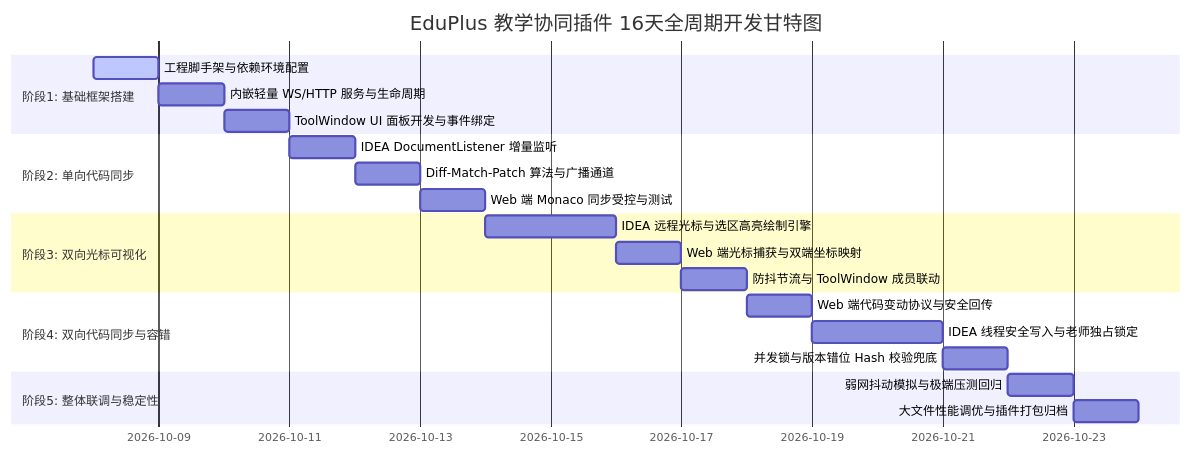
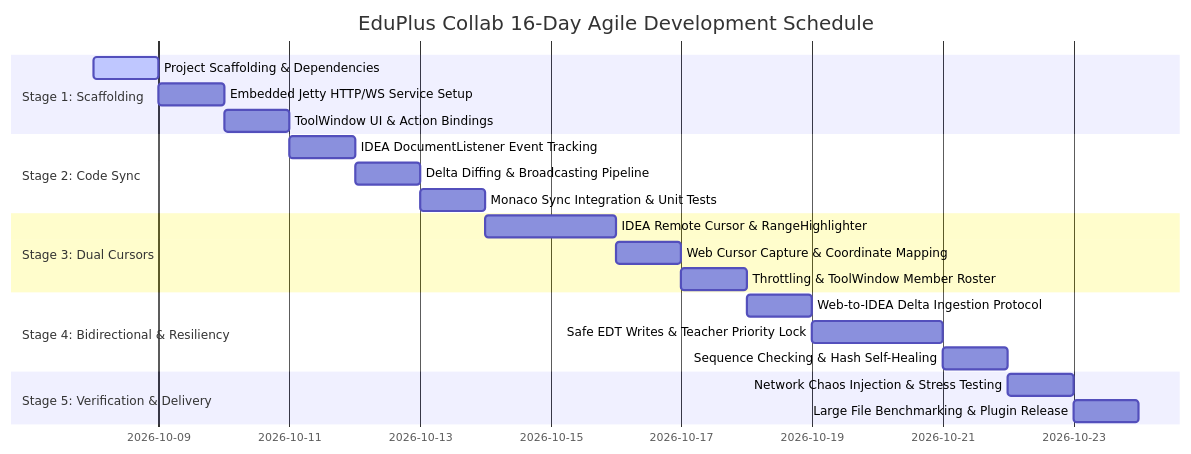
Before and after one commit to josume1625-lgtm/eduplus-collab-plugin: the diagram in docs/PROJECT_DELIVERY_PLAN.md, drawn with Mermaid. The commit also changed other lines of this file and 4 other files, not shown here.

````diff
--- a/docs/PROJECT_DELIVERY_PLAN.md
+++ b/docs/PROJECT_DELIVERY_PLAN.md
@@ -158,24 +144,24 @@
 ```mermaid
 gantt
-    title EduPlus 教学协同插件 16天全周期开发甘特图
+    title EduPlus Collab 16-Day Agile Development Schedule
     dateFormat  YYYY-MM-DD
-    section 阶段1: 基础框架搭建
-    工程脚手架与依赖环境配置         :active, d1, 2026-10-08, 1d
-    内嵌轻量 WS/HTTP 服务与生命周期    :d2, 2026-10-09, 1d
-    ToolWindow UI 面板开发与事件绑定   :d3, 2026-10-10, 1d
-    section 阶段2: 单向代码同步
-    IDEA DocumentListener 增量监听     :d4, 2026-10-11, 1d
-    Diff-Match-Patch 算法与广播通道   :d5, 2026-10-12, 1d
-    Web 端 Monaco 同步受控与测试      :d6, 2026-10-13, 1d
-    section 阶段3: 双向光标可视化
-    IDEA 远程光标与选区高亮绘制引擎    :d7, 2026-10-14, 2d
-    Web 端光标捕获与双端坐标映射      :d8, 2026-10-16, 1d
-    防抖节流与 ToolWindow 成员联动     :d9, 2026-10-17, 1d
-    section 阶段4: 双向代码同步与容错
-    Web 端代码变动协议与安全回传      :d10, 2026-10-18, 1d
-    IDEA 线程安全写入与老师独占锁定    :d11, 2026-10-19, 2d
-    并发锁与版本错位 Hash 校验兜底    :d12, 2026-10-21, 1d
-    section 阶段5: 整体联调与稳定性
-    弱网抖动模拟与极端压测回归        :d13, 2026-10-22, 1d
-    大文件性能调优与插件打包归档      :d14, 2026-10-23, 1d
+    section Stage 1: Scaffolding
+    Project Scaffolding & Dependencies        :active, d1, 2026-10-08, 1d
+    Embedded Jetty HTTP/WS Service Setup       :d2, 2026-10-09, 1d
+    ToolWindow UI & Action Bindings            :d3, 2026-10-10, 1d
+    section Stage 2: Code Sync
+    IDEA DocumentListener Event Tracking       :d4, 2026-10-11, 1d
+    Delta Diffing & Broadcasting Pipeline      :d5, 2026-10-12, 1d
+    Monaco Sync Integration & Unit Tests       :d6, 2026-10-13, 1d
+    section Stage 3: Dual Cursors
+    IDEA Remote Cursor & RangeHighlighter      :d7, 2026-10-14, 2d
+    Web Cursor Capture & Coordinate Mapping    :d8, 2026-10-16, 1d
+    Throttling & ToolWindow Member Roster      :d9, 2026-10-17, 1d
+    section Stage 4: Bidirectional & Resiliency
+    Web-to-IDEA Delta Ingestion Protocol       :d10, 2026-10-18, 1d
+    Safe EDT Writes & Teacher Priority Lock    :d11, 2026-10-19, 2d
+    Sequence Checking & Hash Self-Healing      :d12, 2026-10-21, 1d
+    section Stage 5: Verification & Delivery
+    Network Chaos Injection & Stress Testing   :d13, 2026-10-22, 1d
+    Large File Benchmarking & Plugin Release   :d14, 2026-10-23, 1d
 ```
````
